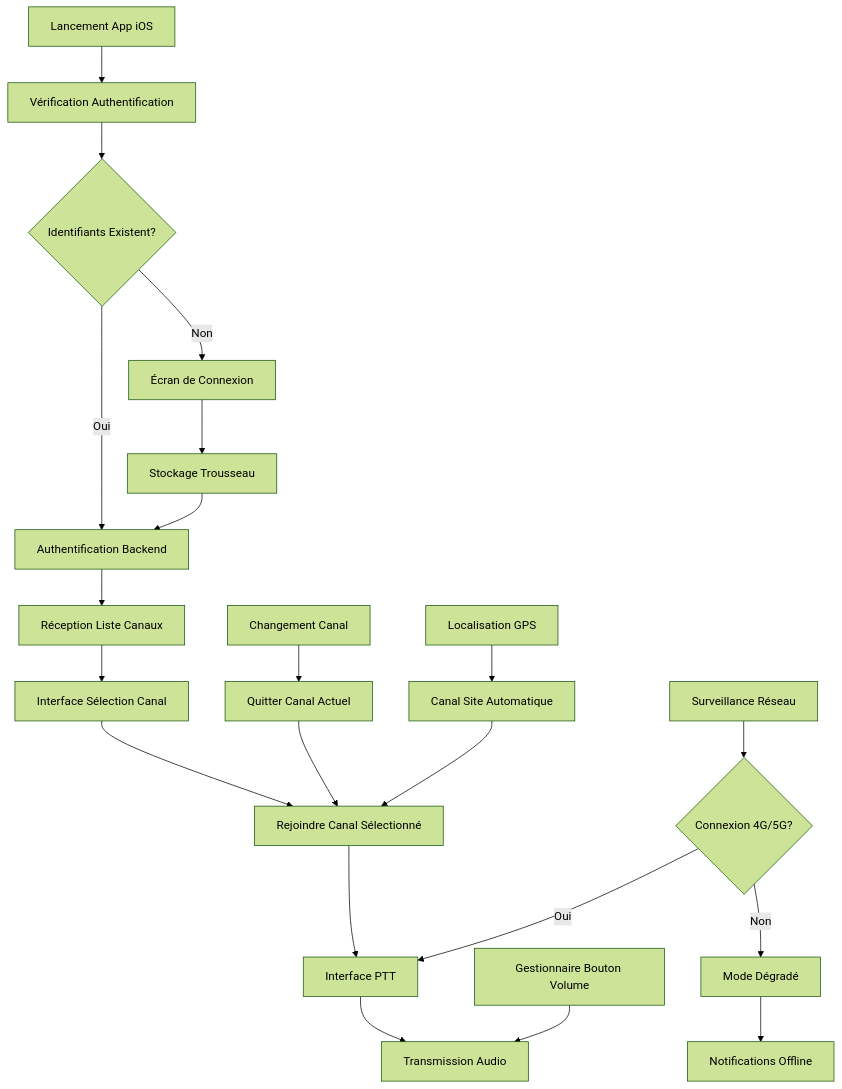
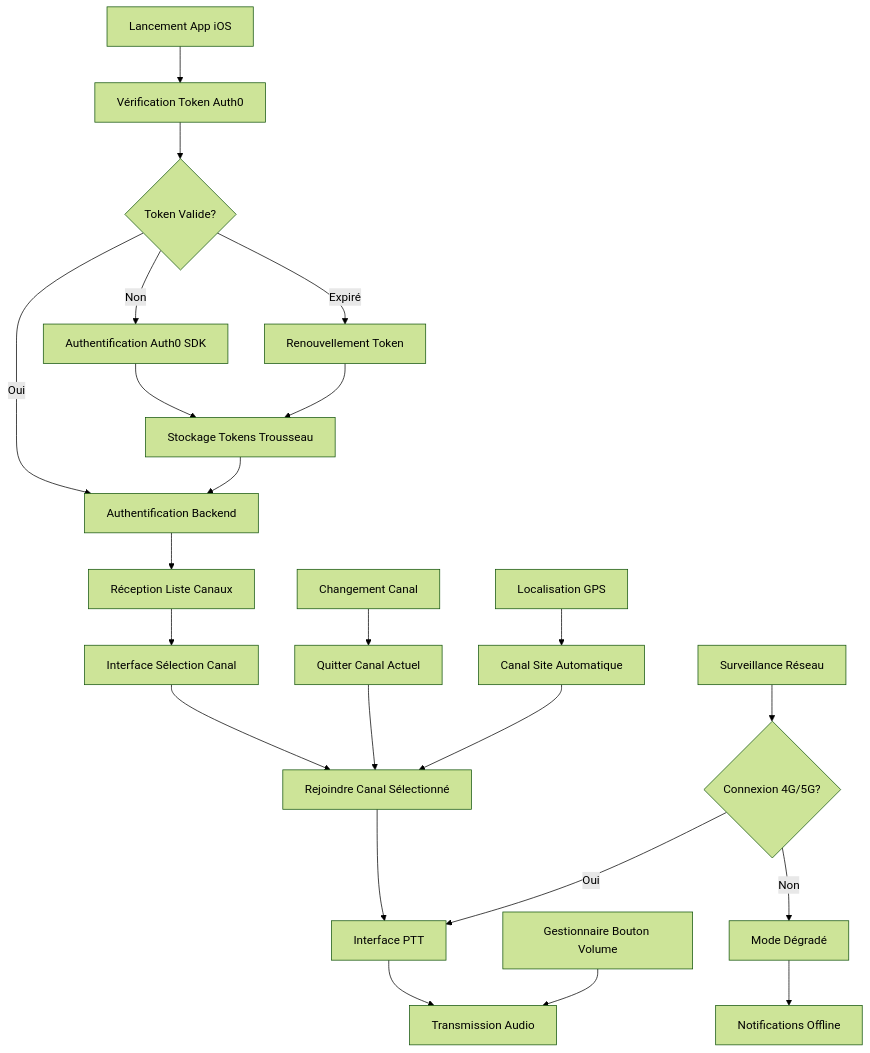
One commit to highcanfly-club/parawave-ptt changed the first of 6 diagrams in docs/ios_ptt_analysis.md. Above: the diagram before and after it, drawn with Mermaid (forest theme). The commit also changed other lines of this file, not shown here.

Commit message:
feat: integrate auth0 sdk for client authentication

````diff
--- a/docs/ios_ptt_analysis.md
+++ b/docs/ios_ptt_analysis.md
@@ -51,26 +52,28 @@
 ```mermaid
 graph TB
-    A[Lancement App iOS] --> B[Vérification Authentification]
-    B --> C{Identifiants Existent?}
-    C -->|Non| D[Écran de Connexion]
-    C -->|Oui| E[Authentification Backend]
-    D --> F[Stockage Trousseau]
-    F --> E
-    E --> G[Réception Liste Canaux]
-    G --> H[Interface Sélection Canal]
-    H --> I[Rejoindre Canal Sélectionné]
-    I --> J[Interface PTT]
-    J --> K[Transmission Audio]
+    A[Lancement App iOS] --> B[Vérification Token Auth0]
+    B --> C{Token Valide?}
+    C -->|Non| D[Authentification Auth0 SDK]
+    C -->|Expiré| E[Renouvellement Token]
+    C -->|Oui| F[Authentification Backend]
+    D --> G[Stockage Tokens Trousseau]
+    E --> G
+    G --> F
+    F --> H[Réception Liste Canaux]
+    H --> I[Interface Sélection Canal]
+    I --> J[Rejoindre Canal Sélectionné]
+    J --> K[Interface PTT]
+    K --> L[Transmission Audio]
 
-    L[Gestionnaire Bouton Volume] --> K
-    M[Changement Canal] --> N[Quitter Canal Actuel]
-    N --> I
+    M[Gestionnaire Bouton Volume] --> L
+    N[Changement Canal] --> O[Quitter Canal Actuel]
+    O --> J
 
-    O[Surveillance Réseau] --> P{Connexion 4G/5G?}
-    P -->|Oui| J
-    P -->|Non| Q[Mode Dégradé]
-    Q --> R[Notifications Offline]
+    P[Surveillance Réseau] --> Q{Connexion 4G/5G?}
+    Q -->|Oui| K
+    Q -->|Non| R[Mode Dégradé]
+    R --> S[Notifications Offline]
 
-    S[Localisation GPS] --> T[Canal Site Automatique]
-    T --> I
+    T[Localisation GPS] --> U[Canal Site Automatique]
+    U --> J
 ```
````
